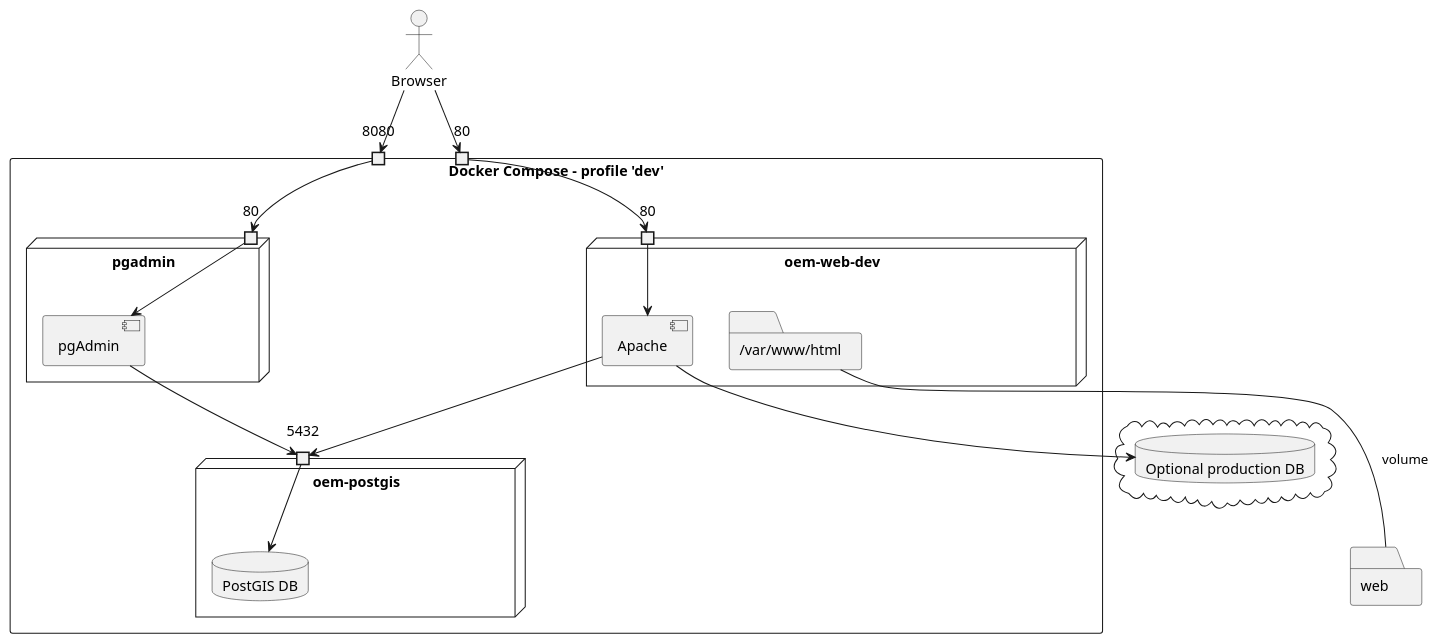
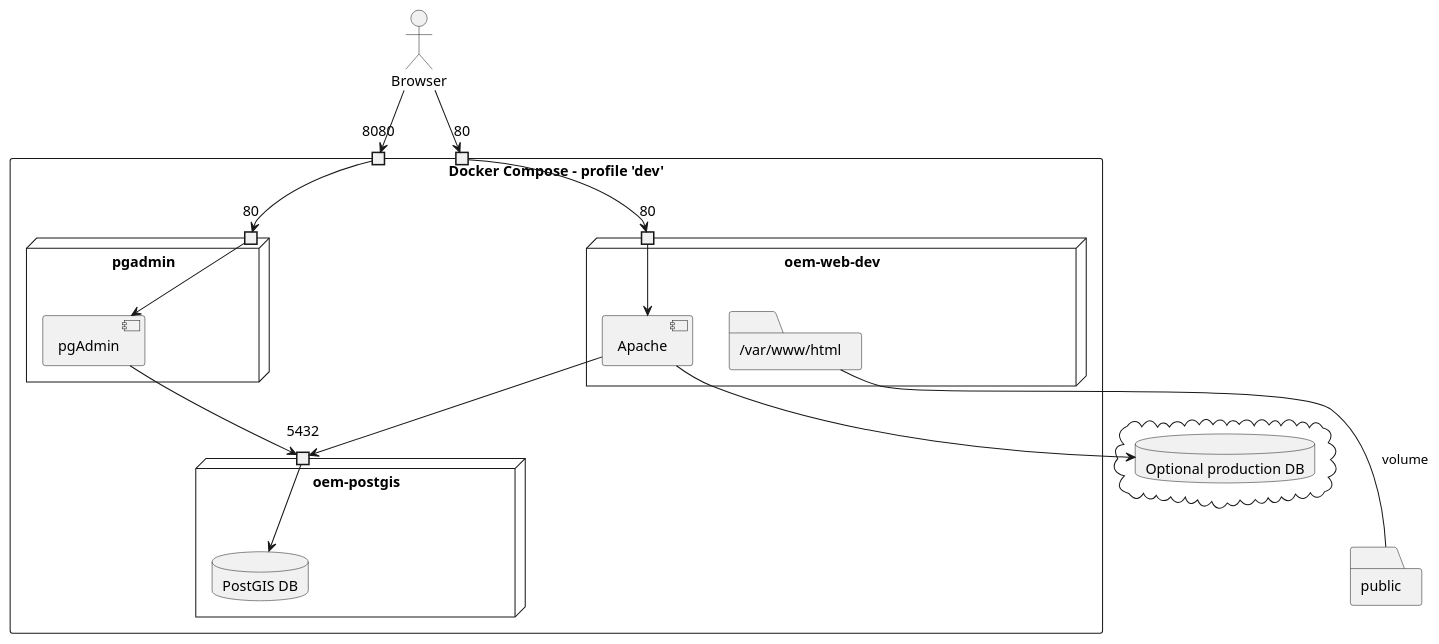
Before and after one commit to Danysan1/osm-wikidata-map-framework: the diagram in images/dev_deployment.plantuml, drawn with PlantUML. The commit also changed 130 other files, not shown here.

Commit message:
web/ => public/

```diff
--- a/images/dev_deployment.plantuml
+++ b/images/dev_deployment.plantuml
@@ -1,43 +1,43 @@
 @startuml dev_deployment
 
 actor Browser
 rectangle "Docker Compose - profile 'dev'" as docker {
   port "8080" as 8080docker
   port "80" as 80docker
   node "oem-postgis" {
     port 5432 as 5432db
     database "PostGIS DB" as db
   }
   node pgadmin {
     port "80" as 80pgAdmin
     component pgAdmin
   }
   node "oem-web-dev" {
     port "80" as 80webDev
     component Apache
     folder "/var/www/html" as webRem
   }
 
 }
 cloud {
   database "Optional production DB" as extDB
 }
-folder "web" as webLoc
+folder "public" as webLoc
 
 webRem --- webLoc : volume
 
 Apache --> 5432db
 Apache --> extDB
 pgAdmin --> 5432db
 
 Browser --> 80docker
 Browser --> 8080docker
 
 80docker --> 80webDev
 8080docker --> 80pgAdmin
 
 80webDev -> Apache
 5432db -> db
 80pgAdmin -> pgAdmin
 
 @enduml
```
